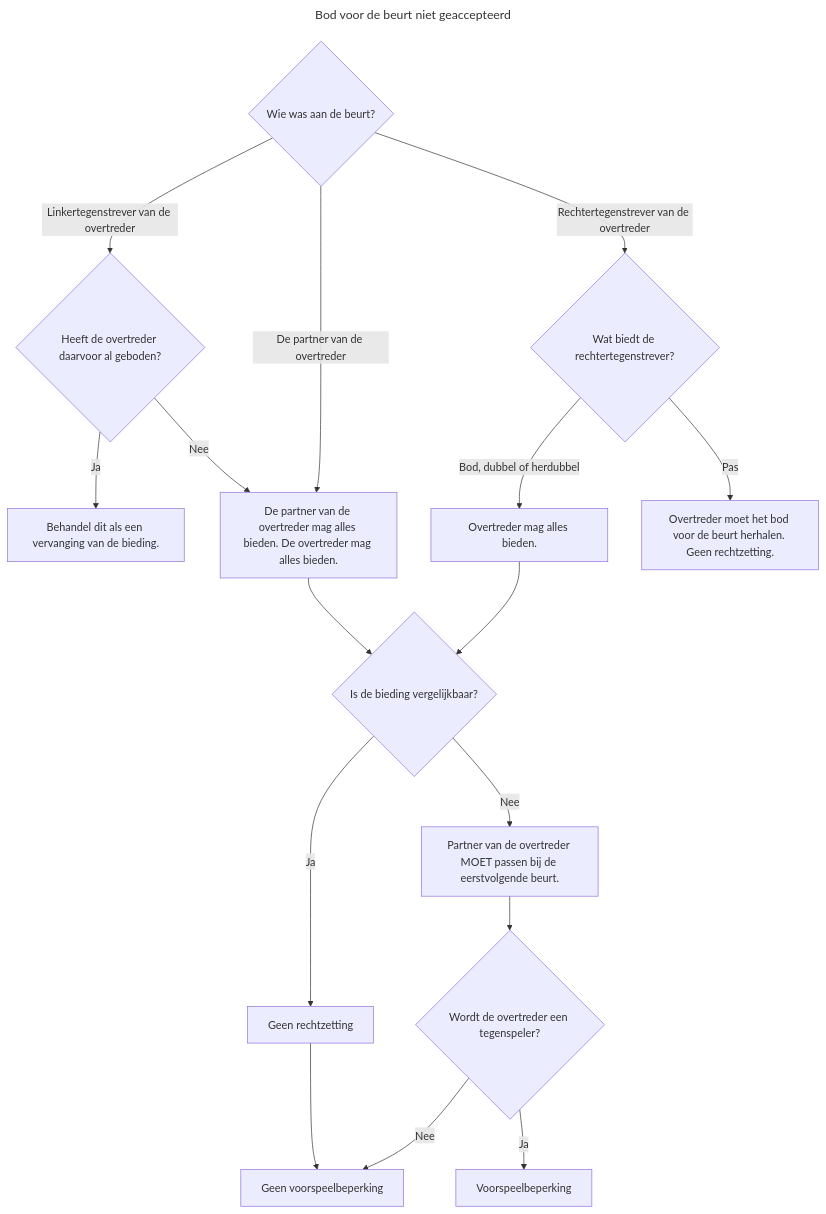
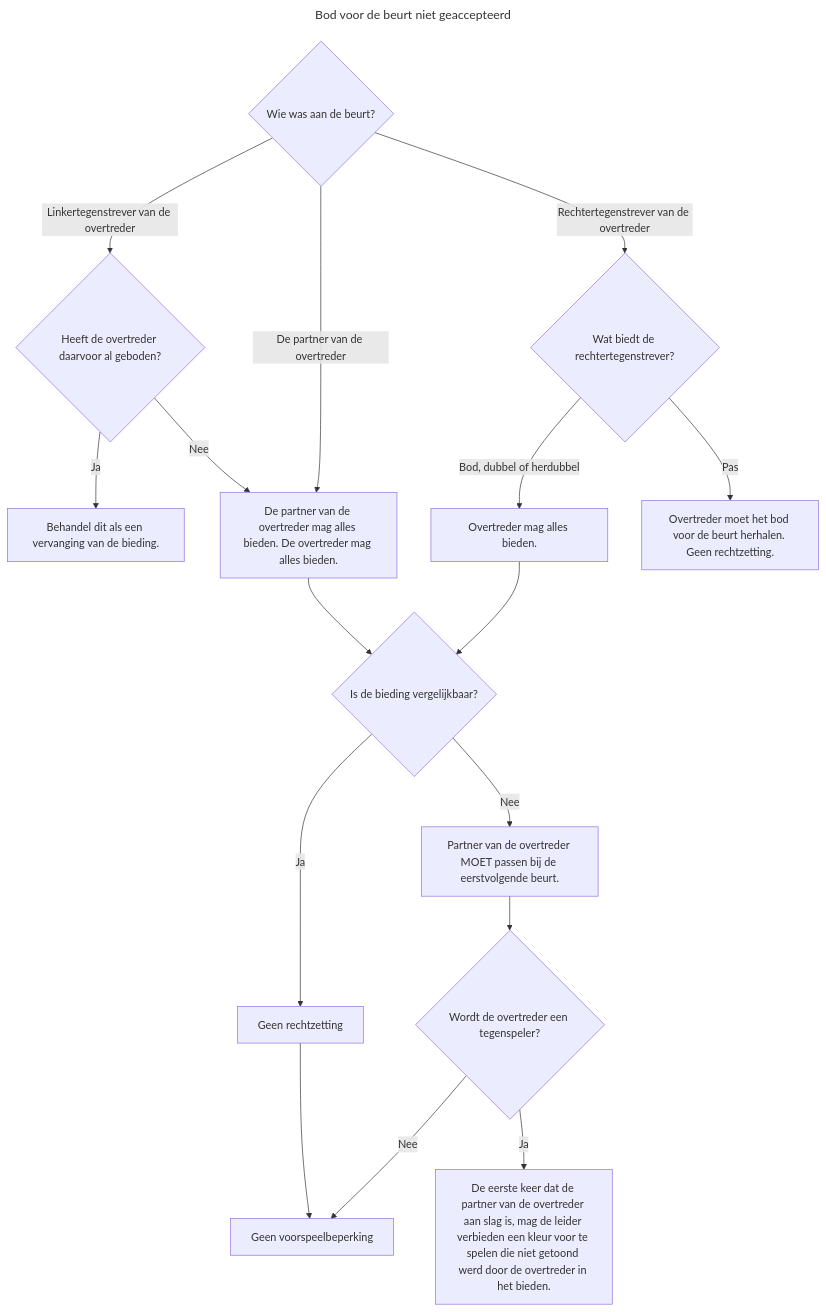
The diagram in bod-voor-de-beurt-niet-geaccepteerd.md (tcorneli/CTL-instructies), drawn with Mermaid before and after one commit.

Commit message:
Update flowchart logic in bidding document

````diff
--- a/bod-voor-de-beurt-niet-geaccepteerd.md
+++ b/bod-voor-de-beurt-niet-geaccepteerd.md
@@ -1,22 +1,22 @@
 ```mermaid
 ---
 title: Bod voor de beurt niet geaccepteerd
 ---
 graph TD
     A{Wie was aan de beurt?}
     A -->|Linkertegenstrever van de overtreder| B{Heeft de overtreder daarvoor al geboden?}
     B -->|Ja| C[Behandel dit als een vervanging van de bieding.]
     B -->|Nee| D[De partner van de overtreder mag alles bieden. De overtreder mag alles bieden.]
     A -->|De partner van de overtreder| D
     A -->|Rechtertegenstrever van de overtreder| E{Wat biedt de rechtertegenstrever?}
     E -->|Bod, dubbel of herdubbel| F[Overtreder mag alles bieden.]
     E -->|Pas| G[Overtreder moet het bod voor de beurt herhalen. Geen rechtzetting.]
     D --> H{Is de bieding vergelijkbaar?}
     F --> H
     H -->|Ja| I[Geen rechtzetting]
-    I --> K[Geen voorspeelbeperking]
+    I --> N[Geen voorspeelbeperking]
     H -->|Nee| J[Partner van de overtreder MOET passen bij de eerstvolgende beurt.]
     J --> L{Wordt de overtreder een tegenspeler?}
-    L -->|Nee| K
-    L -->|Ja| M[Voorspeelbeperking]
+    L -->|Ja| M[De eerste keer dat de partner van de overtreder aan slag is, mag de leider verbieden een kleur voor te spelen die niet getoond werd door de overtreder in het bieden.]
+    L -->|Nee| N
 ```
````
